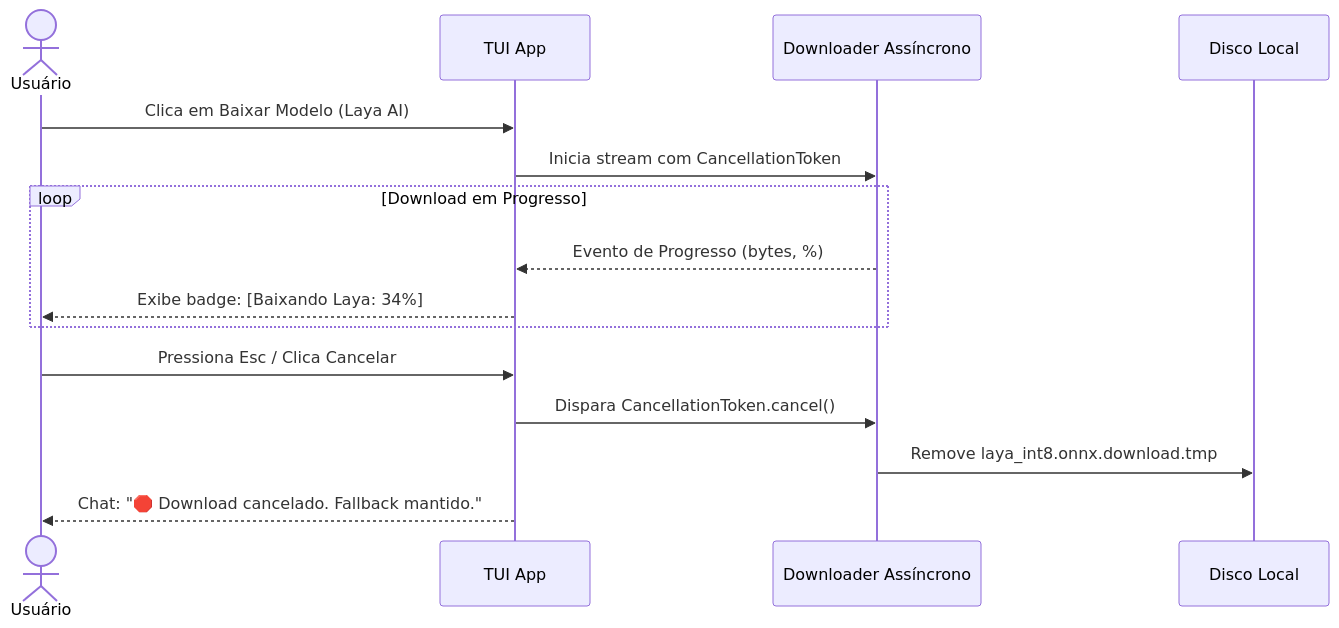
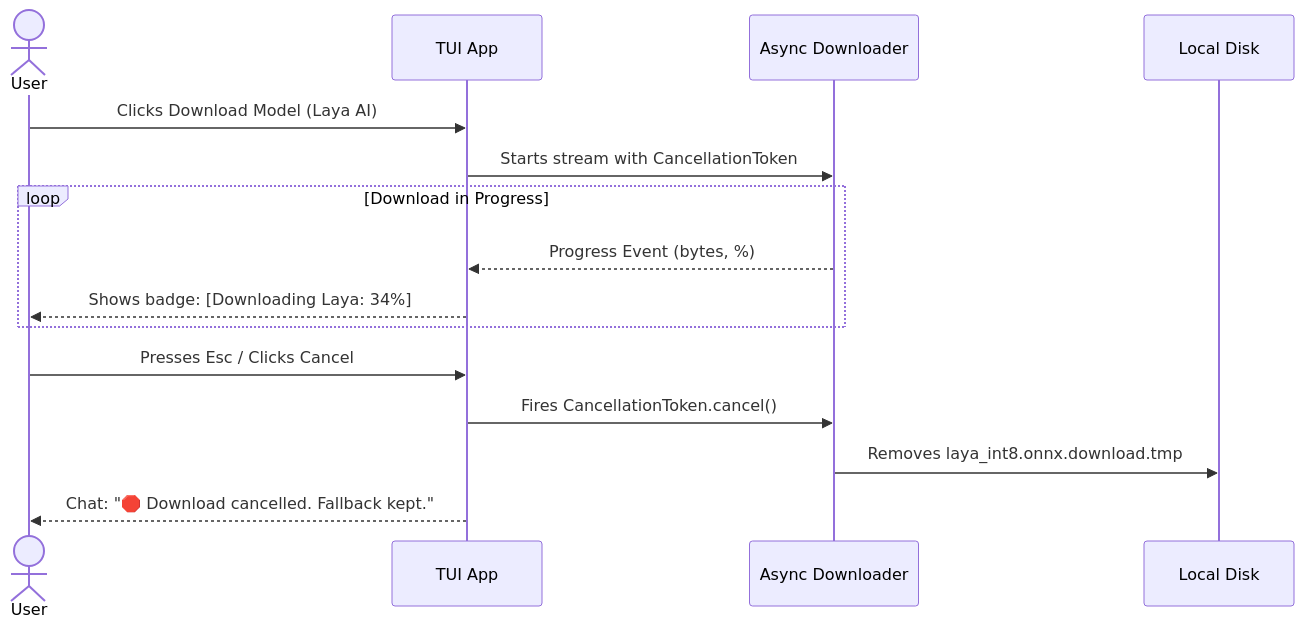
The second of 2 diagrams in docs/plans/anycontext_blueprint_v0349_harmonizacao_aurora_boreal_auto_scroll_react_ux_de_update_cancelamento_de_download_onboarding_wizard.md (Levix-Digital/any-context), drawn with Mermaid before and after one commit. The commit also changed other lines of this file and 1 other file, not shown here.

````diff
--- a/docs/plans/anycontext_blueprint_v0349_harmonizacao_aurora_boreal_auto_scroll_react_ux_de_update_cancelamento_de_download_onboarding_wizard.md
+++ b/docs/plans/anycontext_blueprint_v0349_harmonizacao_aurora_boreal_auto_scroll_react_ux_de_update_cancelamento_de_download_onboarding_wizard.md
@@ -120,18 +120,18 @@
 ```mermaid
 sequenceDiagram
-    actor User as Usuário
+    actor User as User
     participant App as TUI App
-    participant Downloader as Downloader Assíncrono
-    participant Disk as Disco Local
+    participant Downloader as Async Downloader
+    participant Disk as Local Disk
 
-    User->>App: Clica em Baixar Modelo (Laya AI)
-    App->>Downloader: Inicia stream com CancellationToken
-    loop Download em Progresso
-        Downloader-->>App: Evento de Progresso (bytes, %)
-        App-->>User: Exibe badge: [Baixando Laya: 34%]
+    User->>App: Clicks Download Model (Laya AI)
+    App->>Downloader: Starts stream with CancellationToken
+    loop Download in Progress
+        Downloader-->>App: Progress Event (bytes, %)
+        App-->>User: Shows badge: [Downloading Laya: 34%]
     end
-    User->>App: Pressiona Esc / Clica Cancelar
-    App->>Downloader: Dispara CancellationToken.cancel()
-    Downloader->>Disk: Remove laya_int8.onnx.download.tmp
-    App-->>User: Chat: "🛑 Download cancelado. Fallback mantido."
+    User->>App: Presses Esc / Clicks Cancel
+    App->>Downloader: Fires CancellationToken.cancel()
+    Downloader->>Disk: Removes laya_int8.onnx.download.tmp
+    App-->>User: Chat: "🛑 Download cancelled. Fallback kept."
 ```
````
